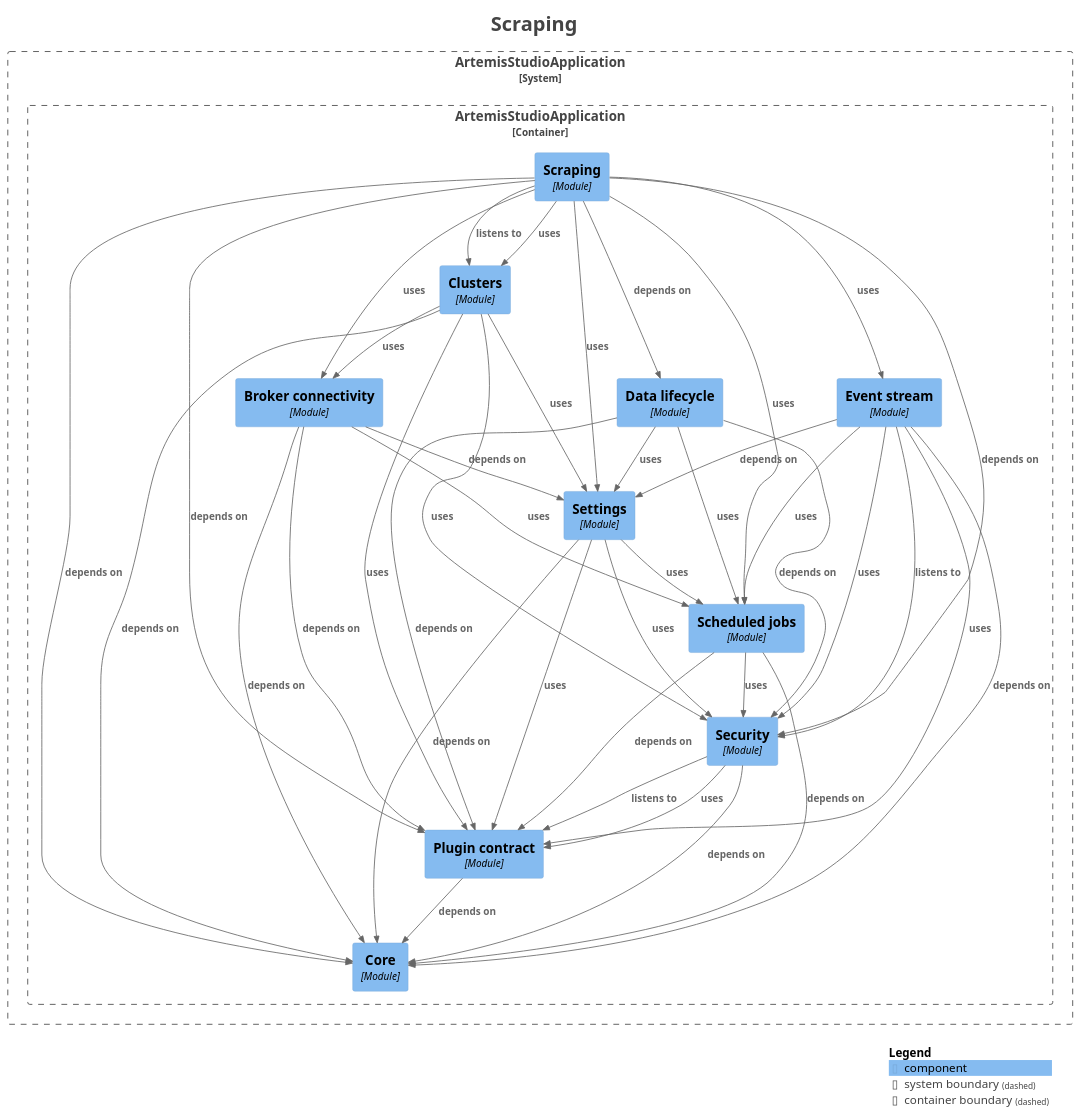
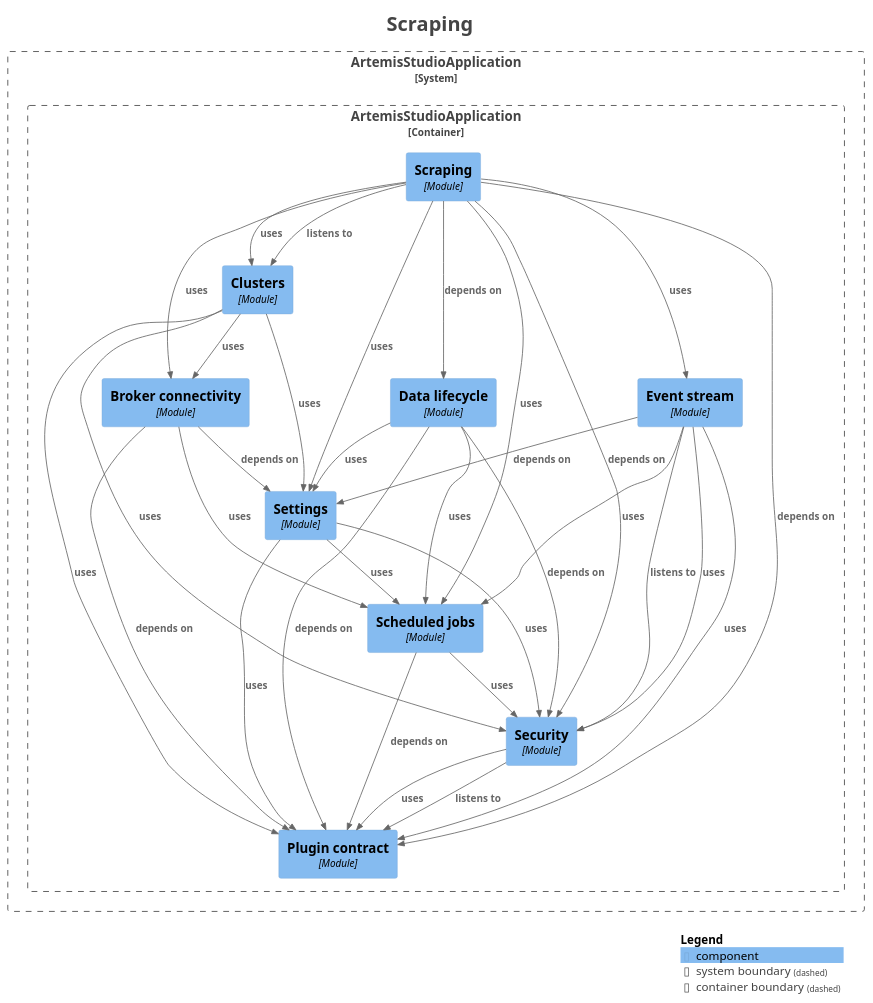
The diagram in docs/modules/module-platform.scrape.puml (sudoitir/artemis-studio), drawn with PlantUML before and after one commit. The commit also changed 45 other files, not shown here.

```diff
--- a/docs/modules/module-platform.scrape.puml
+++ b/docs/modules/module-platform.scrape.puml
@@ -1,77 +1,68 @@
 @startuml
 title <size:24>Scraping</size>
 
 set separator none
 top to bottom direction
 
 <style>
   root {
     BackgroundColor: #ffffff
     FontColor: #444444
   }
 </style>
 
 !include <C4/C4>
 !include <C4/C4_Context>
 !include <C4/C4_Component>
 
 System_Boundary("ArtemisStudioApplication_boundary", "ArtemisStudioApplication", $tags="") {
   Container_Boundary("ArtemisStudioApplication.ArtemisStudioApplication_boundary", "ArtemisStudioApplication", $tags="") {
     Component(ArtemisStudioApplication.ArtemisStudioApplication.Brokerconnectivity, "Broker connectivity", $techn="Module", $descr="", $tags="", $link="")
     Component(ArtemisStudioApplication.ArtemisStudioApplication.Clusters, "Clusters", $techn="Module", $descr="", $tags="", $link="")
-    Component(ArtemisStudioApplication.ArtemisStudioApplication.Core, "Core", $techn="Module", $descr="", $tags="", $link="")
     Component(ArtemisStudioApplication.ArtemisStudioApplication.Datalifecycle, "Data lifecycle", $techn="Module", $descr="", $tags="", $link="")
     Component(ArtemisStudioApplication.ArtemisStudioApplication.Eventstream, "Event stream", $techn="Module", $descr="", $tags="", $link="")
     Component(ArtemisStudioApplication.ArtemisStudioApplication.Plugincontract, "Plugin contract", $techn="Module", $descr="", $tags="", $link="")
     Component(ArtemisStudioApplication.ArtemisStudioApplication.Scheduledjobs, "Scheduled jobs", $techn="Module", $descr="", $tags="", $link="")
     Component(ArtemisStudioApplication.ArtemisStudioApplication.Scraping, "Scraping", $techn="Module", $descr="", $tags="", $link="")
     Component(ArtemisStudioApplication.ArtemisStudioApplication.Security, "Security", $techn="Module", $descr="", $tags="", $link="")
     Component(ArtemisStudioApplication.ArtemisStudioApplication.Settings, "Settings", $techn="Module", $descr="", $tags="", $link="")
   }
 
 }
 
-Rel(ArtemisStudioApplication.ArtemisStudioApplication.Brokerconnectivity, ArtemisStudioApplication.ArtemisStudioApplication.Core, "depends on", $techn="", $tags="", $link="")
 Rel(ArtemisStudioApplication.ArtemisStudioApplication.Brokerconnectivity, ArtemisStudioApplication.ArtemisStudioApplication.Plugincontract, "depends on", $techn="", $tags="", $link="")
 Rel(ArtemisStudioApplication.ArtemisStudioApplication.Brokerconnectivity, ArtemisStudioApplication.ArtemisStudioApplication.Scheduledjobs, "uses", $techn="", $tags="", $link="")
 Rel(ArtemisStudioApplication.ArtemisStudioApplication.Brokerconnectivity, ArtemisStudioApplication.ArtemisStudioApplication.Settings, "depends on", $techn="", $tags="", $link="")
 Rel(ArtemisStudioApplication.ArtemisStudioApplication.Clusters, ArtemisStudioApplication.ArtemisStudioApplication.Brokerconnectivity, "uses", $techn="", $tags="", $link="")
-Rel(ArtemisStudioApplication.ArtemisStudioApplication.Clusters, ArtemisStudioApplication.ArtemisStudioApplication.Core, "depends on", $techn="", $tags="", $link="")
 Rel(ArtemisStudioApplication.ArtemisStudioApplication.Clusters, ArtemisStudioApplication.ArtemisStudioApplication.Plugincontract, "uses", $techn="", $tags="", $link="")
 Rel(ArtemisStudioApplication.ArtemisStudioApplication.Clusters, ArtemisStudioApplication.ArtemisStudioApplication.Security, "uses", $techn="", $tags="", $link="")
 Rel(ArtemisStudioApplication.ArtemisStudioApplication.Clusters, ArtemisStudioApplication.ArtemisStudioApplication.Settings, "uses", $techn="", $tags="", $link="")
 Rel(ArtemisStudioApplication.ArtemisStudioApplication.Datalifecycle, ArtemisStudioApplication.ArtemisStudioApplication.Plugincontract, "depends on", $techn="", $tags="", $link="")
 Rel(ArtemisStudioApplication.ArtemisStudioApplication.Datalifecycle, ArtemisStudioApplication.ArtemisStudioApplication.Scheduledjobs, "uses", $techn="", $tags="", $link="")
 Rel(ArtemisStudioApplication.ArtemisStudioApplication.Datalifecycle, ArtemisStudioApplication.ArtemisStudioApplication.Security, "depends on", $techn="", $tags="", $link="")
 Rel(ArtemisStudioApplication.ArtemisStudioApplication.Datalifecycle, ArtemisStudioApplication.ArtemisStudioApplication.Settings, "uses", $techn="", $tags="", $link="")
-Rel(ArtemisStudioApplication.ArtemisStudioApplication.Eventstream, ArtemisStudioApplication.ArtemisStudioApplication.Core, "depends on", $techn="", $tags="", $link="")
 Rel(ArtemisStudioApplication.ArtemisStudioApplication.Eventstream, ArtemisStudioApplication.ArtemisStudioApplication.Plugincontract, "uses", $techn="", $tags="", $link="")
 Rel(ArtemisStudioApplication.ArtemisStudioApplication.Eventstream, ArtemisStudioApplication.ArtemisStudioApplication.Scheduledjobs, "uses", $techn="", $tags="", $link="")
 Rel(ArtemisStudioApplication.ArtemisStudioApplication.Eventstream, ArtemisStudioApplication.ArtemisStudioApplication.Security, "listens to", $techn="", $tags="", $link="")
 Rel(ArtemisStudioApplication.ArtemisStudioApplication.Eventstream, ArtemisStudioApplication.ArtemisStudioApplication.Security, "uses", $techn="", $tags="", $link="")
 Rel(ArtemisStudioApplication.ArtemisStudioApplication.Eventstream, ArtemisStudioApplication.ArtemisStudioApplication.Settings, "depends on", $techn="", $tags="", $link="")
-Rel(ArtemisStudioApplication.ArtemisStudioApplication.Plugincontract, ArtemisStudioApplication.ArtemisStudioApplication.Core, "depends on", $techn="", $tags="", $link="")
-Rel(ArtemisStudioApplication.ArtemisStudioApplication.Scheduledjobs, ArtemisStudioApplication.ArtemisStudioApplication.Core, "depends on", $techn="", $tags="", $link="")
 Rel(ArtemisStudioApplication.ArtemisStudioApplication.Scheduledjobs, ArtemisStudioApplication.ArtemisStudioApplication.Plugincontract, "depends on", $techn="", $tags="", $link="")
 Rel(ArtemisStudioApplication.ArtemisStudioApplication.Scheduledjobs, ArtemisStudioApplication.ArtemisStudioApplication.Security, "uses", $techn="", $tags="", $link="")
 Rel(ArtemisStudioApplication.ArtemisStudioApplication.Scraping, ArtemisStudioApplication.ArtemisStudioApplication.Brokerconnectivity, "uses", $techn="", $tags="", $link="")
 Rel(ArtemisStudioApplication.ArtemisStudioApplication.Scraping, ArtemisStudioApplication.ArtemisStudioApplication.Clusters, "listens to", $techn="", $tags="", $link="")
 Rel(ArtemisStudioApplication.ArtemisStudioApplication.Scraping, ArtemisStudioApplication.ArtemisStudioApplication.Clusters, "uses", $techn="", $tags="", $link="")
-Rel(ArtemisStudioApplication.ArtemisStudioApplication.Scraping, ArtemisStudioApplication.ArtemisStudioApplication.Core, "depends on", $techn="", $tags="", $link="")
 Rel(ArtemisStudioApplication.ArtemisStudioApplication.Scraping, ArtemisStudioApplication.ArtemisStudioApplication.Datalifecycle, "depends on", $techn="", $tags="", $link="")
 Rel(ArtemisStudioApplication.ArtemisStudioApplication.Scraping, ArtemisStudioApplication.ArtemisStudioApplication.Eventstream, "uses", $techn="", $tags="", $link="")
 Rel(ArtemisStudioApplication.ArtemisStudioApplication.Scraping, ArtemisStudioApplication.ArtemisStudioApplication.Plugincontract, "depends on", $techn="", $tags="", $link="")
 Rel(ArtemisStudioApplication.ArtemisStudioApplication.Scraping, ArtemisStudioApplication.ArtemisStudioApplication.Scheduledjobs, "uses", $techn="", $tags="", $link="")
 Rel(ArtemisStudioApplication.ArtemisStudioApplication.Scraping, ArtemisStudioApplication.ArtemisStudioApplication.Security, "depends on", $techn="", $tags="", $link="")
 Rel(ArtemisStudioApplication.ArtemisStudioApplication.Scraping, ArtemisStudioApplication.ArtemisStudioApplication.Settings, "uses", $techn="", $tags="", $link="")
-Rel(ArtemisStudioApplication.ArtemisStudioApplication.Security, ArtemisStudioApplication.ArtemisStudioApplication.Core, "depends on", $techn="", $tags="", $link="")
 Rel(ArtemisStudioApplication.ArtemisStudioApplication.Security, ArtemisStudioApplication.ArtemisStudioApplication.Plugincontract, "listens to", $techn="", $tags="", $link="")
 Rel(ArtemisStudioApplication.ArtemisStudioApplication.Security, ArtemisStudioApplication.ArtemisStudioApplication.Plugincontract, "uses", $techn="", $tags="", $link="")
-Rel(ArtemisStudioApplication.ArtemisStudioApplication.Settings, ArtemisStudioApplication.ArtemisStudioApplication.Core, "depends on", $techn="", $tags="", $link="")
 Rel(ArtemisStudioApplication.ArtemisStudioApplication.Settings, ArtemisStudioApplication.ArtemisStudioApplication.Plugincontract, "uses", $techn="", $tags="", $link="")
 Rel(ArtemisStudioApplication.ArtemisStudioApplication.Settings, ArtemisStudioApplication.ArtemisStudioApplication.Scheduledjobs, "uses", $techn="", $tags="", $link="")
 Rel(ArtemisStudioApplication.ArtemisStudioApplication.Settings, ArtemisStudioApplication.ArtemisStudioApplication.Security, "uses", $techn="", $tags="", $link="")
 
 SHOW_LEGEND(true)
 hide stereotypes
 @enduml
```
